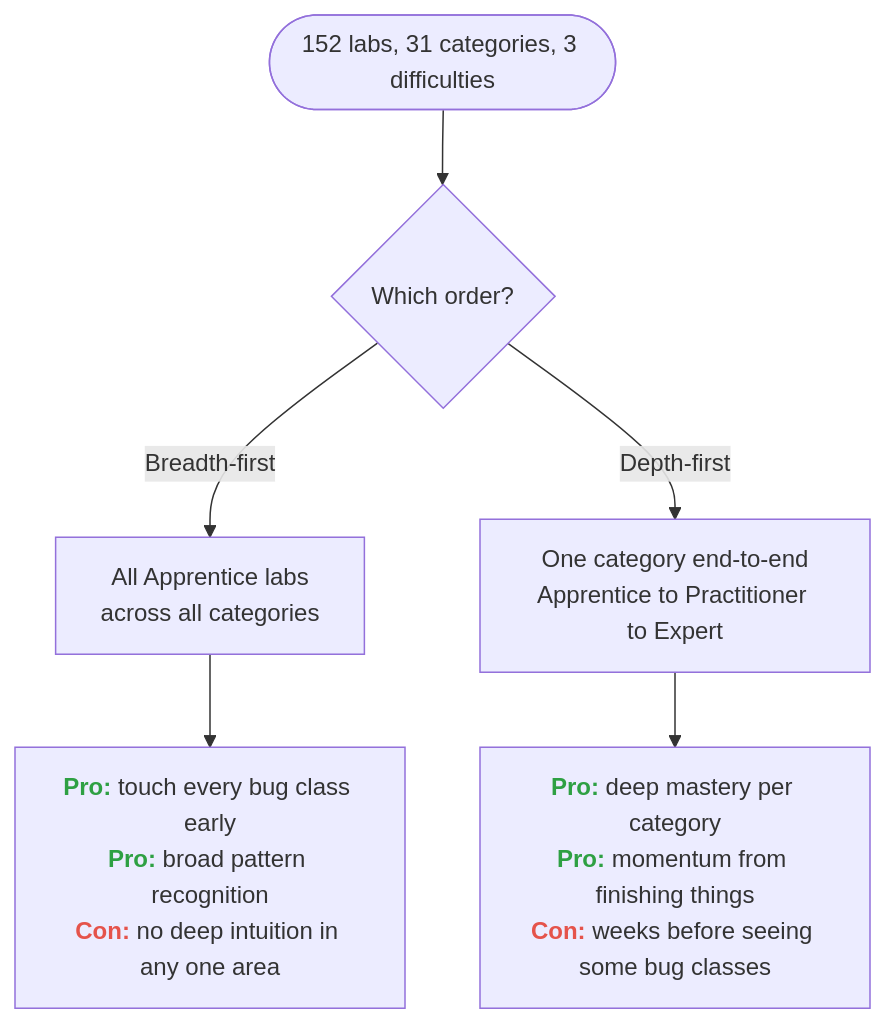
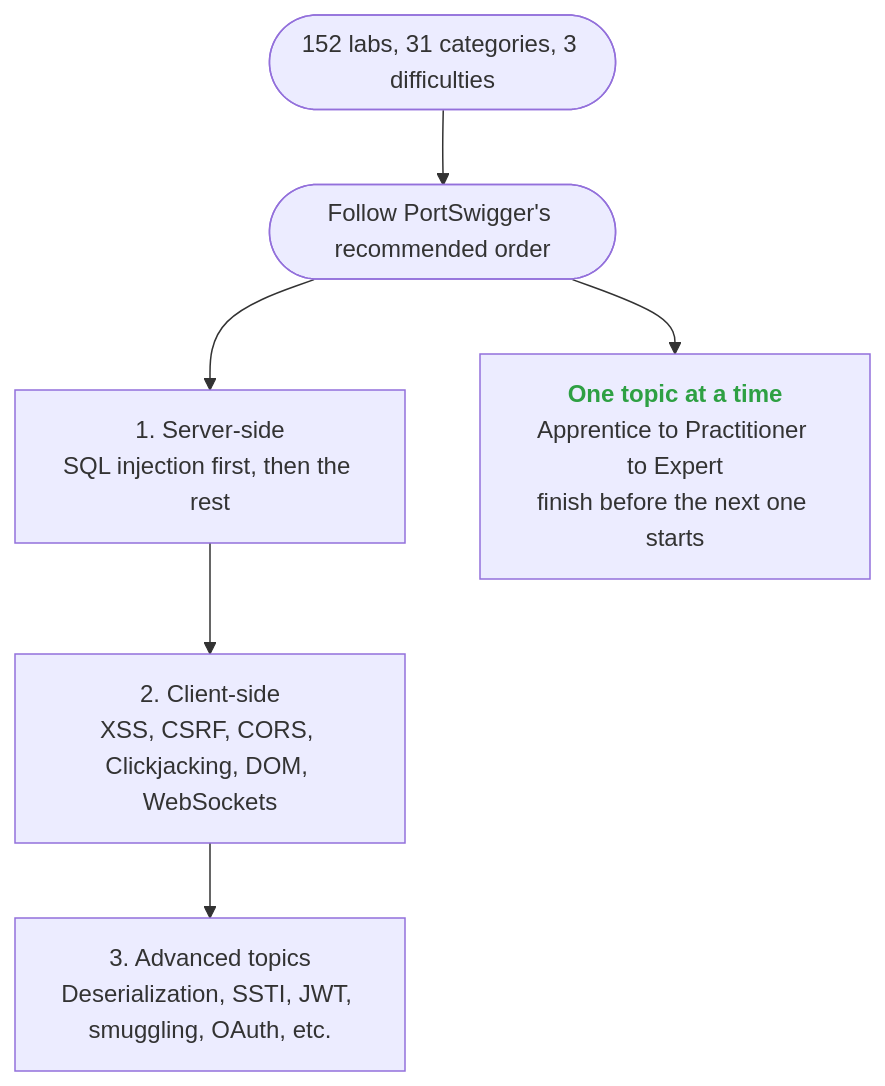
The diagram in src/content/posts/2026-04-20-picking-a-path-through-portswigger-labs.md (marie-schmidt/security-research), drawn with Mermaid before and after one commit. The commit also changed other lines of this file, not shown here.

Commit message:
refactor: Revise lab strategy section to follow PortSwigger's recommended order and clarify learning approach

````diff
--- a/src/content/posts/2026-04-20-picking-a-path-through-portswigger-labs.md
+++ b/src/content/posts/2026-04-20-picking-a-path-through-portswigger-labs.md
@@ -28,8 +35,8 @@
 ```mermaid
 flowchart TD
-   Start([152 labs, 31 categories, 3 difficulties]) --> Choice{Which order?}
-   Choice -->|Breadth-first| BF[All Apprentice labs<br/>across all categories]
-   Choice -->|Depth-first| DF[One category end-to-end<br/>Apprentice to Practitioner to Expert]
-   BF --> BFpro["<b style='color:#2ea043'>Pro:</b> touch every bug class early<br/><b style='color:#2ea043'>Pro:</b> broad pattern recognition<br/><b style='color:#e5534b'>Con:</b> no deep intuition in any one area"]
-   DF --> DFpro["<b style='color:#2ea043'>Pro:</b> deep mastery per category<br/><b style='color:#2ea043'>Pro:</b> momentum from finishing things<br/><b style='color:#e5534b'>Con:</b> weeks before seeing some bug classes"]
+   Start([152 labs, 31 categories, 3 difficulties]) --> Order([Follow PortSwigger's recommended order])
+   Order --> SS[1. Server-side<br/>SQL injection first, then the rest]
+   SS --> CS[2. Client-side<br/>XSS, CSRF, CORS, Clickjacking, DOM, WebSockets]
+   CS --> Adv[3. Advanced topics<br/>Deserialization, SSTI, JWT, smuggling, OAuth, etc.]
+   Order --> Rule["<b style='color:#2ea043'>One topic at a time</b><br/>Apprentice to Practitioner to Expert<br/>finish before the next one starts"]
 ```
````
